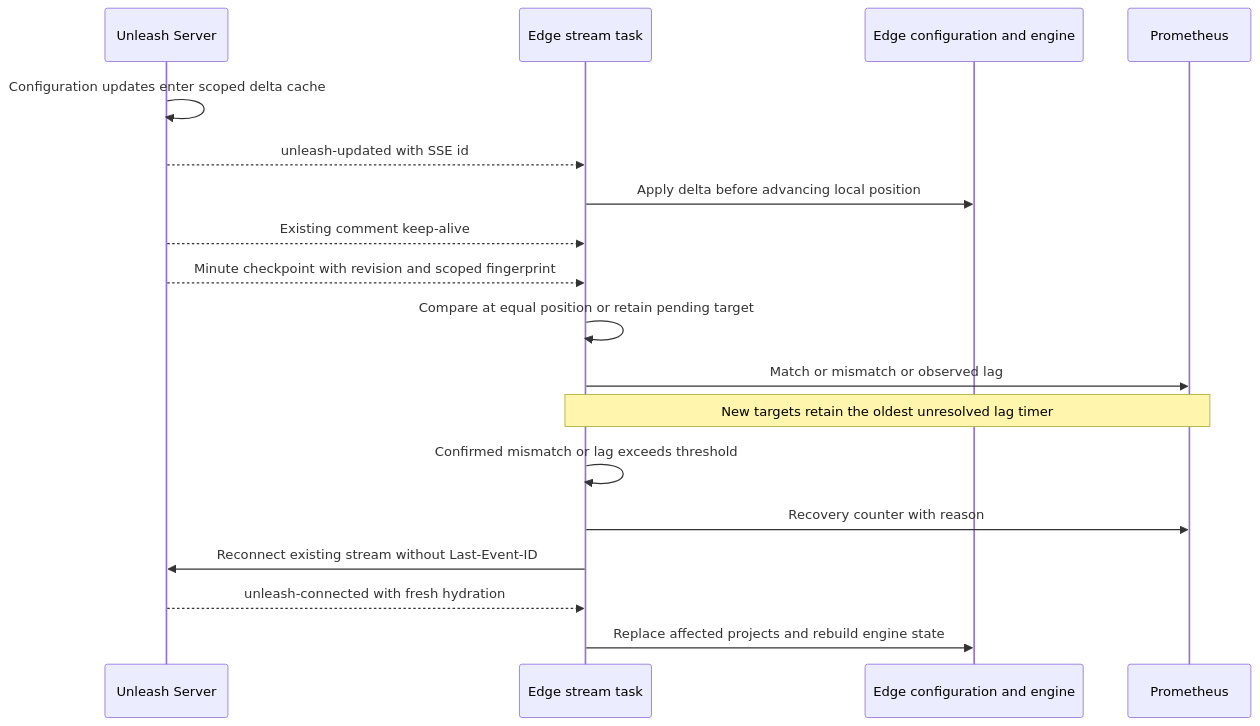
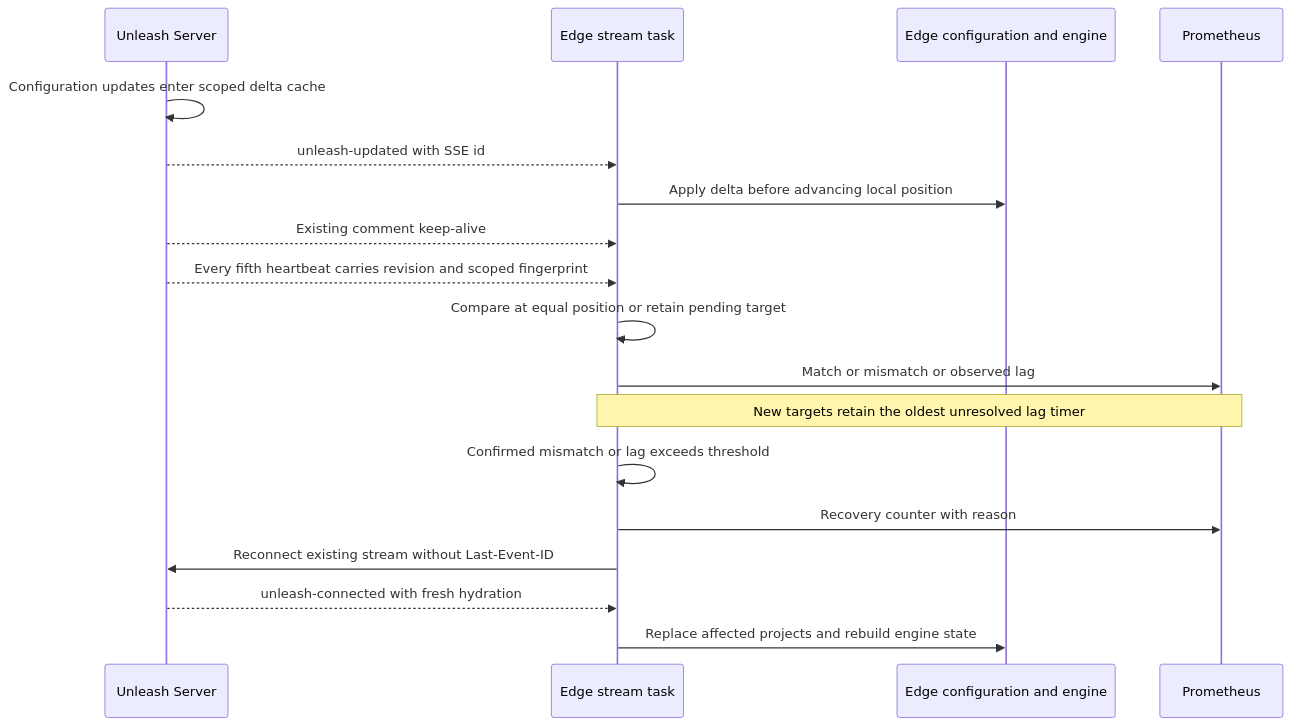
Before and after one commit to Unleash/unleash-edge: the second of 2 diagrams in docs/stream-state-consistency.md, drawn with Mermaid. The commit also changed other lines of this file and 1 other file, not shown here.

Commit message:
fix: align checkpoint freshness with heartbeat cadence

````diff
--- a/docs/stream-state-consistency.md
+++ b/docs/stream-state-consistency.md
@@ -157,20 +158,20 @@
 ```mermaid
 sequenceDiagram
     participant S as Unleash Server
     participant E as Edge stream task
     participant C as Edge configuration and engine
     participant M as Prometheus
     S->>S: Configuration updates enter scoped delta cache
     S-->>E: unleash-updated with SSE id
     E->>C: Apply delta before advancing local position
     S-->>E: Existing comment keep-alive
-    S-->>E: Minute checkpoint with revision and scoped fingerprint
+    S-->>E: Every fifth heartbeat carries revision and scoped fingerprint
     E->>E: Compare at equal position or retain pending target
     E->>M: Match or mismatch or observed lag
     Note over E,M: New targets retain the oldest unresolved lag timer
     E->>E: Confirmed mismatch or lag exceeds threshold
     E->>M: Recovery counter with reason
     E->>S: Reconnect existing stream without Last-Event-ID
     S-->>E: unleash-connected with fresh hydration
     E->>C: Replace affected projects and rebuild engine state
 ```
````
